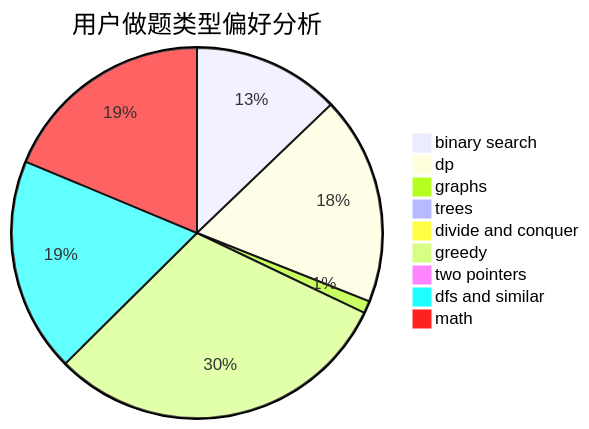
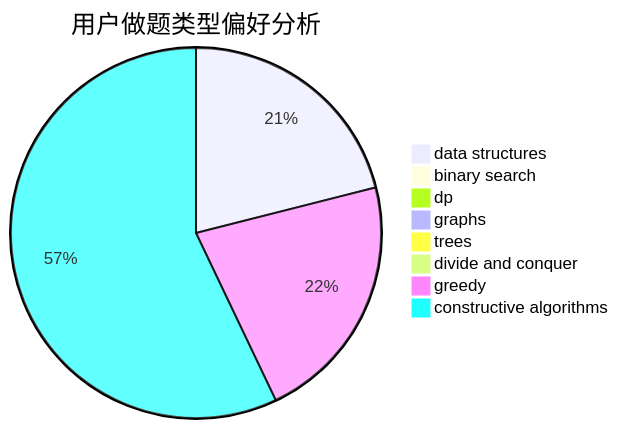
The second of 3 diagrams in docs/user/u2176.md (sherpahu/cfrs.github.io), drawn with Mermaid before and after one commit. The commit also changed other lines of this file and 2775 other files, not shown here.

````diff
--- a/docs/user/u2176.md
+++ b/docs/user/u2176.md
@@ -23,12 +23,11 @@
 ```mermaid
 pie title 用户做题类型偏好分析
-    "binary search" :  24
-    "dp" :  34
-    "graphs" :  2
+    "data structures" :  52
+    "binary search" :  0
+    "dp" :  0
+    "graphs" :  0
     "trees" :  0
     "divide and conquer" :  0
-    "greedy" :  57
-    "two pointers" :  0
-    "dfs and similar" :  35
-    "math" :  35
+    "greedy" :  54
+    "constructive algorithms" :  141
 ```
````
